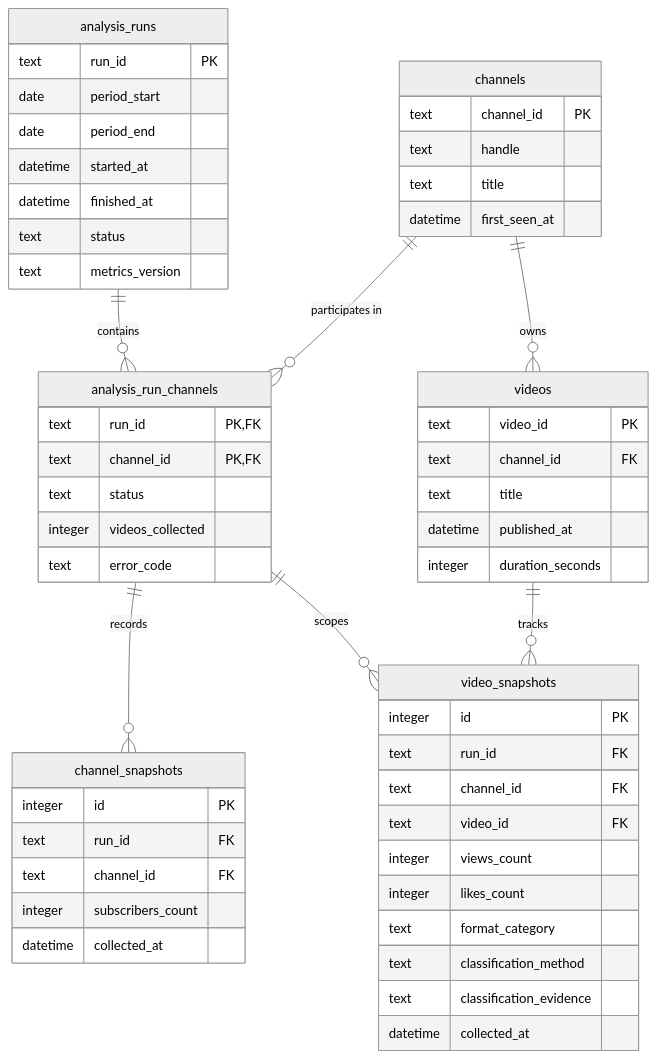
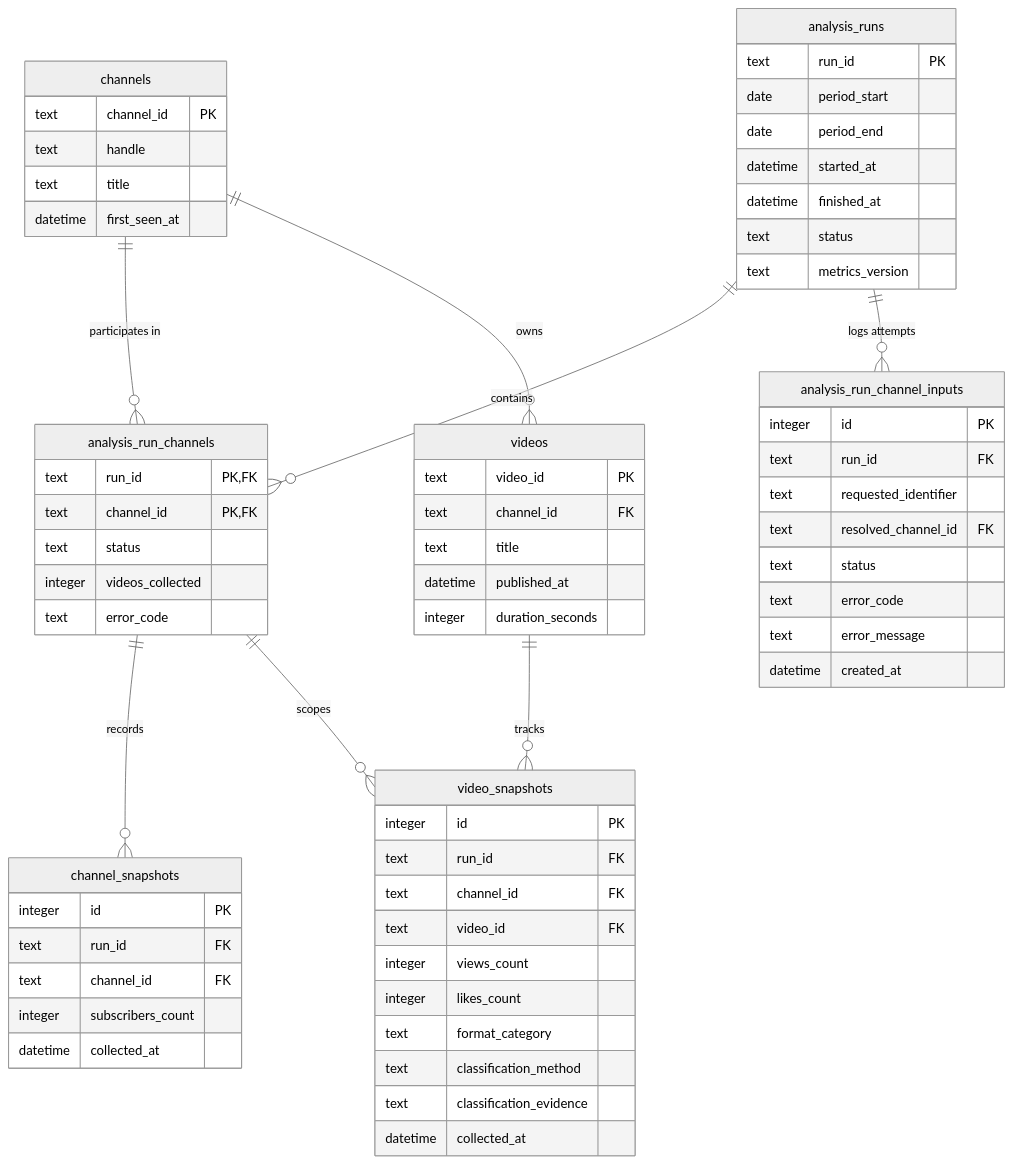
One commit to ledrodh/EchoScope-AI changed the diagram in docs/database-schema.md. Above: the diagram before and after it, drawn with Mermaid (neutral theme). The commit also changed other lines of this file and 31 other files, not shown here.

````diff
--- a/docs/database-schema.md
+++ b/docs/database-schema.md
@@ -9,63 +9,75 @@
 ```mermaid
 erDiagram
     channels ||--o{ analysis_run_channels : "participates in"
     analysis_runs ||--o{ analysis_run_channels : "contains"
+    analysis_runs ||--o{ analysis_run_channel_inputs : "logs attempts"
     analysis_run_channels ||--o{ channel_snapshots : "records"
     channels ||--o{ videos : "owns"
     videos ||--o{ video_snapshots : "tracks"
     analysis_run_channels ||--o{ video_snapshots : "scopes"
 
     channels {
         text channel_id PK
         text handle
         text title
         datetime first_seen_at
     }
 
     analysis_runs {
         text run_id PK
         date period_start
         date period_end
         datetime started_at
         datetime finished_at
         text status
         text metrics_version
     }
 
     analysis_run_channels {
         text run_id PK, FK
         text channel_id PK, FK
         text status
         integer videos_collected
         text error_code
+    }
+
+    analysis_run_channel_inputs {
+        integer id PK
+        text run_id FK
+        text requested_identifier
+        text resolved_channel_id FK
+        text status
+        text error_code
+        text error_message
+        datetime created_at
     }
 
     channel_snapshots {
         integer id PK
         text run_id FK
         text channel_id FK
         integer subscribers_count
         datetime collected_at
     }
 
     videos {
         text video_id PK
         text channel_id FK
         text title
         datetime published_at
         integer duration_seconds
     }
 
     video_snapshots {
         integer id PK
         text run_id FK
         text channel_id FK
         text video_id FK
         integer views_count
         integer likes_count
         text format_category
         text classification_method
         text classification_evidence
         datetime collected_at
     }
 ```
````
